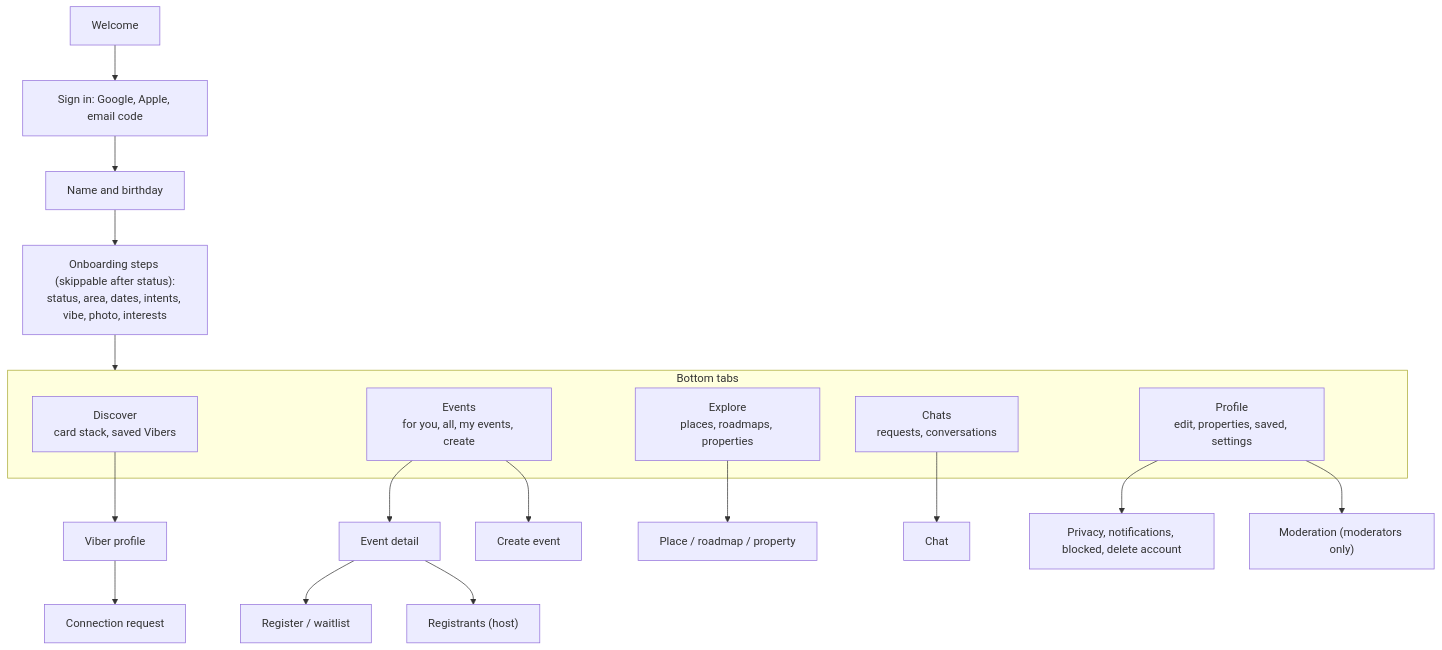
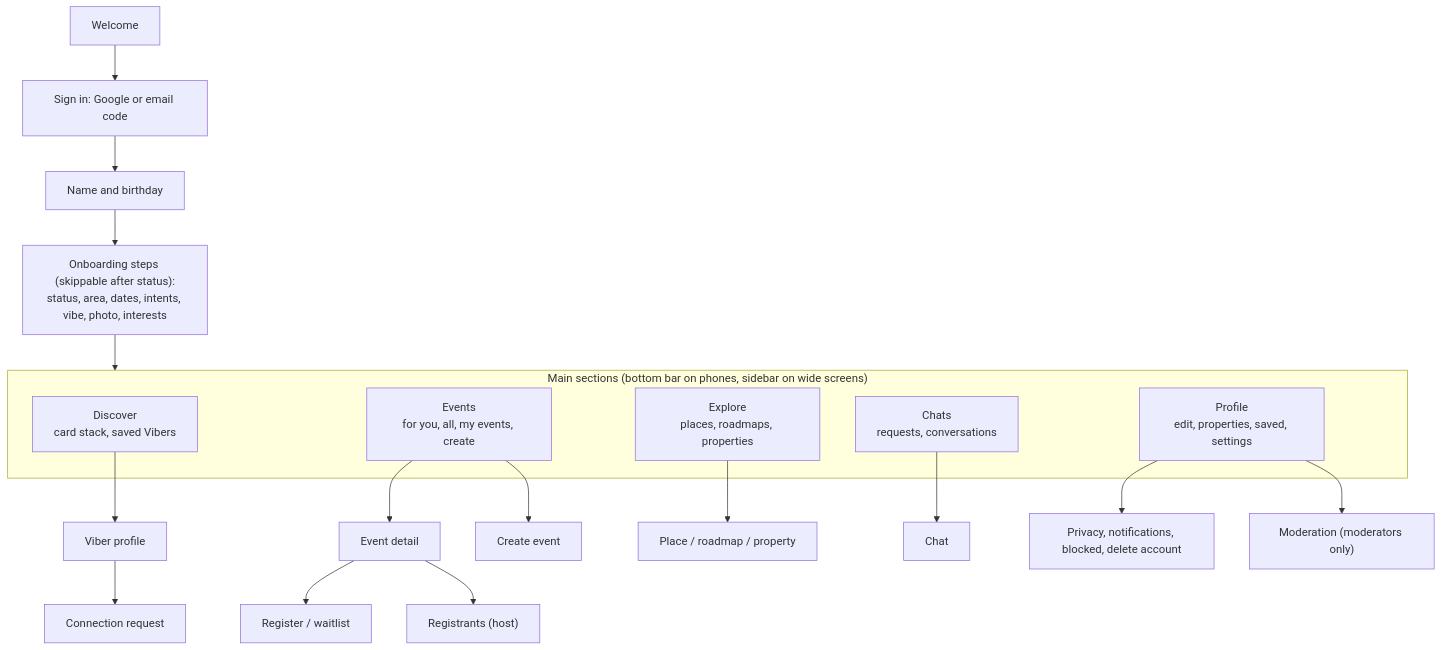
Before and after one commit to Vanshika-mahajan/VIBERSCLUB: the diagram in docs/UI_UX_SPECIFICATION.md, drawn with Mermaid. The commit also changed other lines of this file and 18 other files, not shown here.

````diff
--- a/docs/UI_UX_SPECIFICATION.md
+++ b/docs/UI_UX_SPECIFICATION.md
@@ -8,24 +8,24 @@
 ```mermaid
 flowchart TD
-    Welcome["Welcome"] --> SignIn["Sign in: Google, Apple, email code"]
+    Welcome["Welcome"] --> SignIn["Sign in: Google or email code"]
     SignIn --> Basics["Name and birthday"]
     Basics --> Onb["Onboarding steps (skippable after status):<br/>status, area, dates, intents, vibe, photo, interests"]
     Onb --> Tabs
 
-    subgraph Tabs["Bottom tabs"]
+    subgraph Tabs["Main sections (bottom bar on phones, sidebar on wide screens)"]
         Discover["Discover<br/>card stack, saved Vibers"]
         Events["Events<br/>for you, all, my events, create"]
         Explore["Explore<br/>places, roadmaps, properties"]
         Chats["Chats<br/>requests, conversations"]
         Profile["Profile<br/>edit, properties, saved, settings"]
     end
 
     Discover --> VProfile["Viber profile"] --> Request["Connection request"]
     Events --> EDetail["Event detail"] --> Register["Register / waitlist"]
     Events --> Create["Create event"]
     EDetail --> Manage["Registrants (host)"]
     Explore --> PDetail["Place / roadmap / property"]
     Chats --> Chat["Chat"]
     Profile --> Settings["Privacy, notifications, blocked, delete account"]
     Profile --> Mod["Moderation (moderators only)"]
 ```
````
